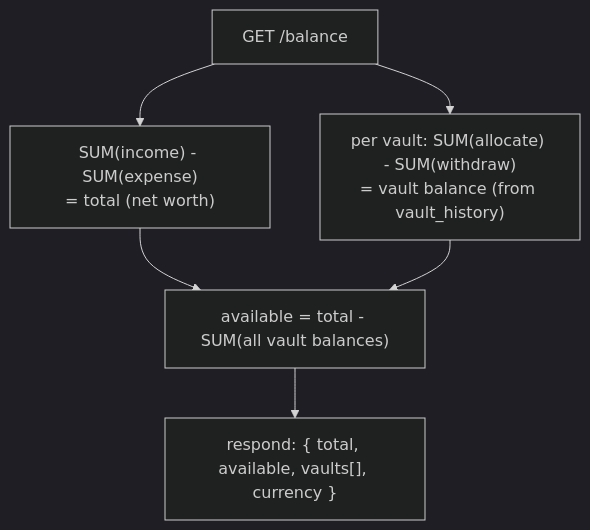
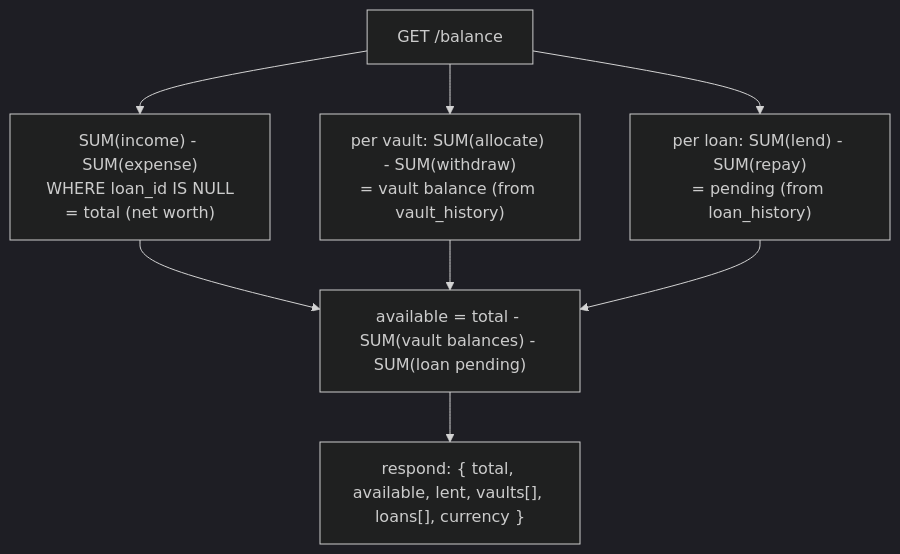
The second of 7 diagrams in ARCHITECTURE.md (JayroGG/balance), drawn with Mermaid (dark theme) before and after one commit. The commit also changed other lines of this file and 25 other files, not shown here.

````diff
--- a/ARCHITECTURE.md
+++ b/ARCHITECTURE.md
@@ -101,8 +121,10 @@
 ```mermaid
 flowchart TD
-    A["GET /balance"] --> B["SUM(income) - SUM(expense)<br/>= total (net worth)"]
+    A["GET /balance"] --> B["SUM(income) - SUM(expense)<br/>WHERE loan_id IS NULL<br/>= total (net worth)"]
     A --> C["per vault: SUM(allocate) - SUM(withdraw)<br/>= vault balance (from vault_history)"]
-    B --> D["available = total - SUM(all vault balances)"]
+    A --> L["per loan: SUM(lend) - SUM(repay)<br/>= pending (from loan_history)"]
+    B --> D["available = total - SUM(vault balances) - SUM(loan pending)"]
     C --> D
-    D --> E["respond: { total, available, vaults[], currency }"]
+    L --> D
+    D --> E["respond: { total, available, lent, vaults[], loans[], currency }"]
 ```
````
